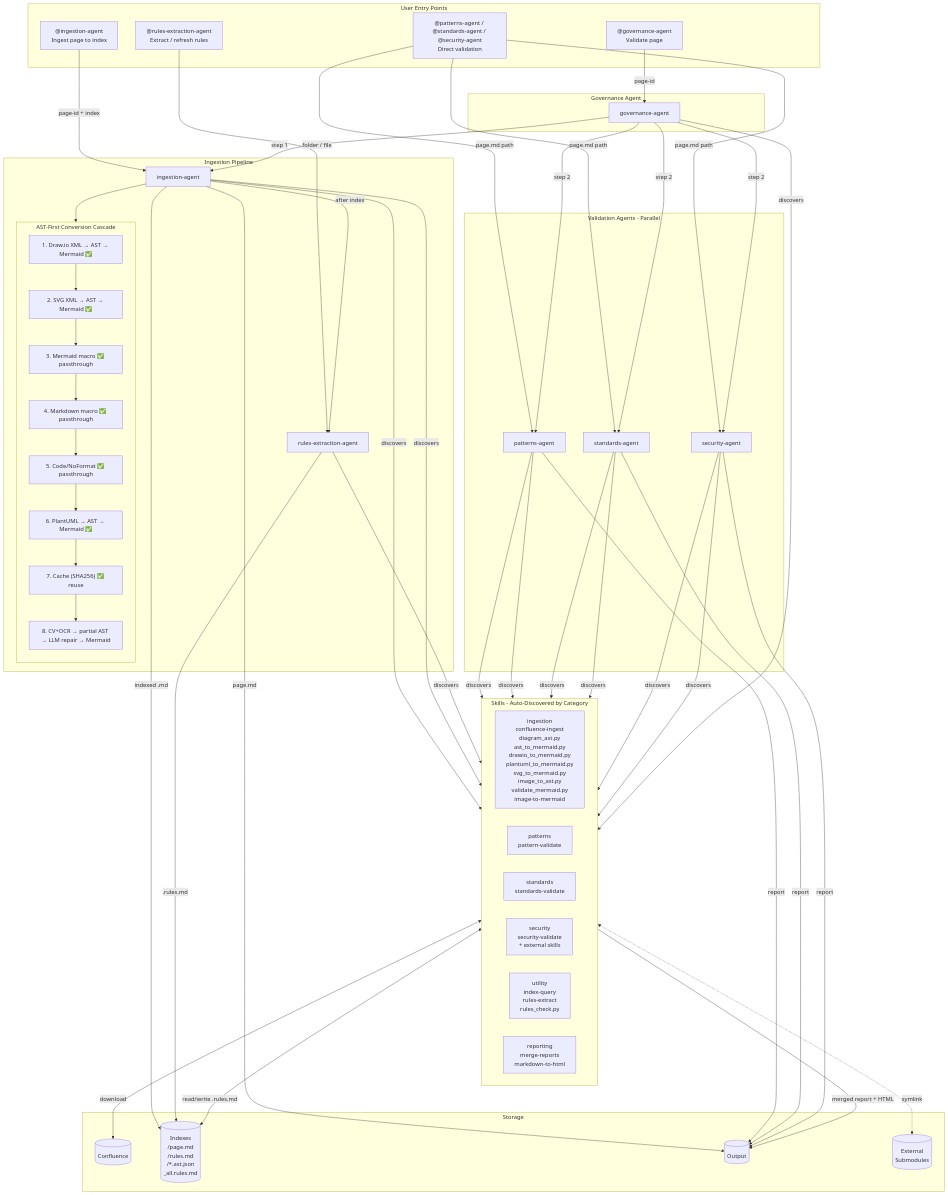
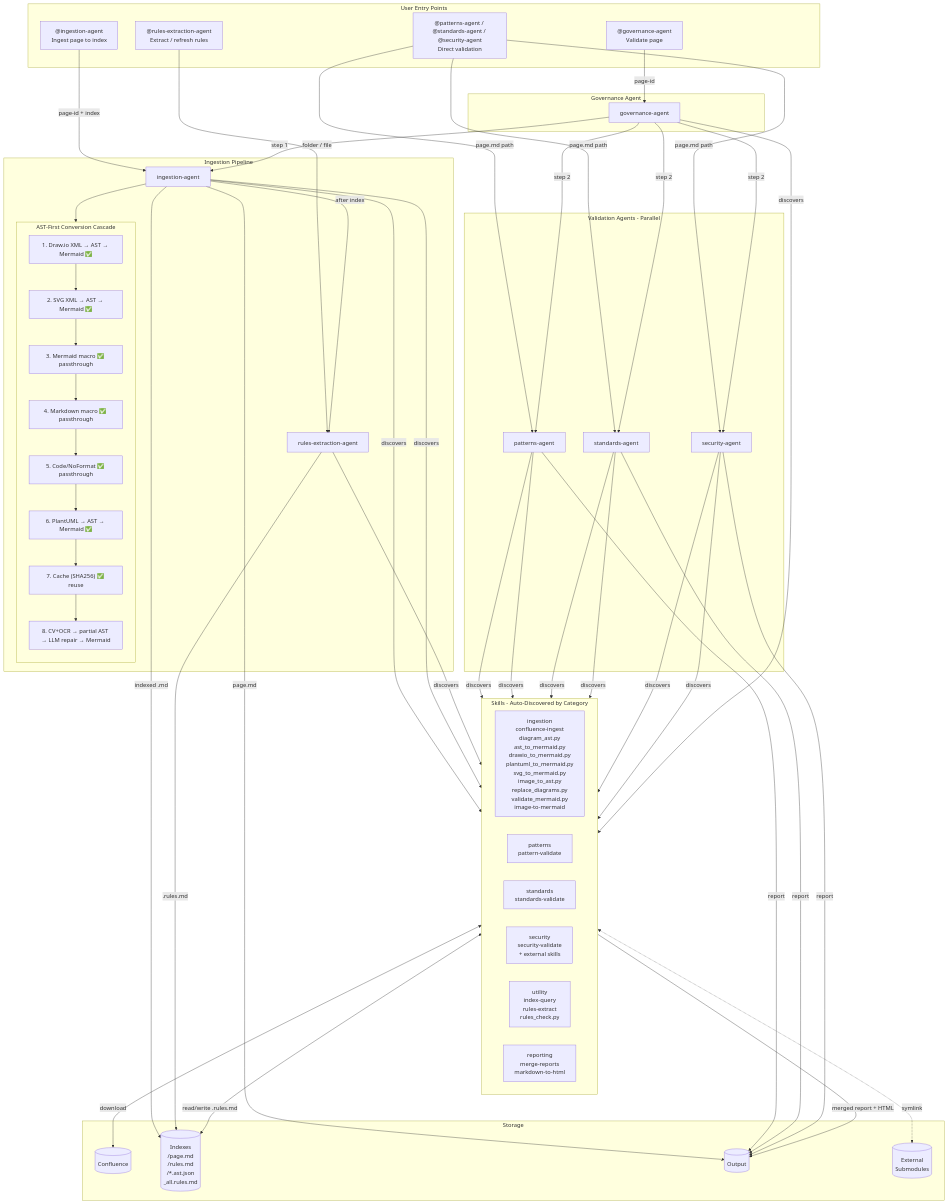
The first of 4 diagrams in README.md (byrash/architecture-governance), drawn with Mermaid before and after one commit. The commit also changed other lines of this file and 5 other files, not shown here.

```diff
--- a/README.md
+++ b/README.md
@@ -97,7 +97,7 @@
 
     subgraph SkillsPool[Skills - Auto-Discovered by Category]
         direction LR
-        IngSkills["ingestion\nconfluence-ingest\n  diagram_ast.py\n  ast_to_mermaid.py\n  drawio_to_mermaid.py\n  plantuml_to_mermaid.py\n  svg_to_mermaid.py\n  image_to_ast.py\n  validate_mermaid.py\nimage-to-mermaid"]
+        IngSkills["ingestion\nconfluence-ingest\n  diagram_ast.py\n  ast_to_mermaid.py\n  drawio_to_mermaid.py\n  plantuml_to_mermaid.py\n  svg_to_mermaid.py\n  image_to_ast.py\n  replace_diagrams.py\n  validate_mermaid.py\nimage-to-mermaid"]
         PatSkills["patterns\npattern-validate"]
         StdSkills["standards\nstandards-validate"]
         SecSkills["security\nsecurity-validate\n+ external skills"]
```
